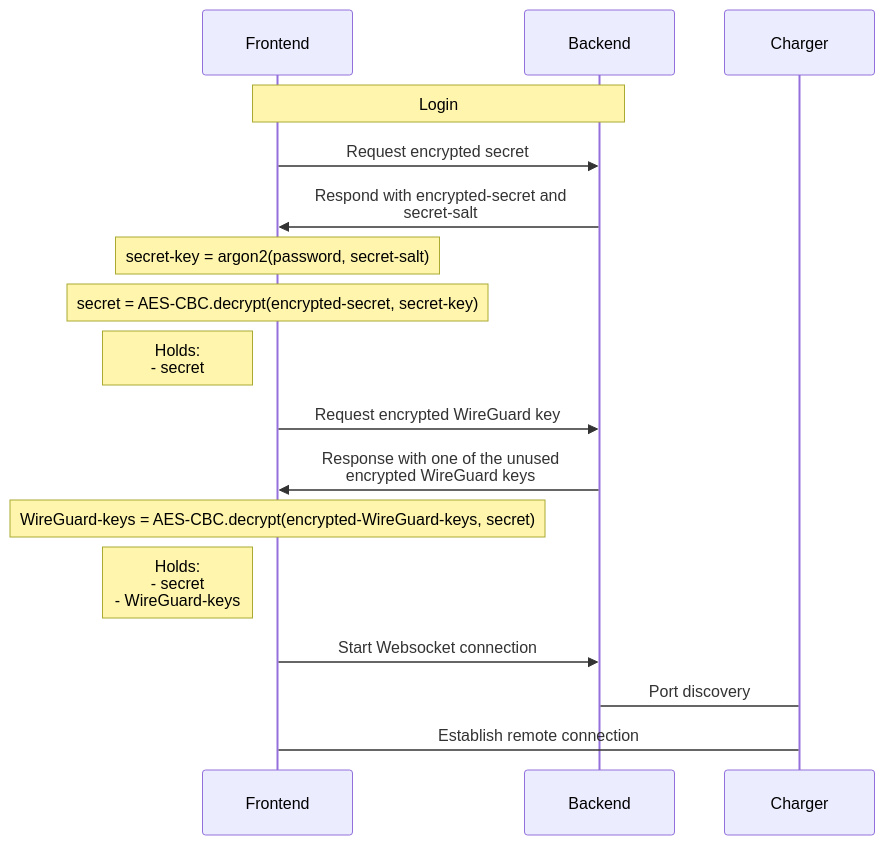
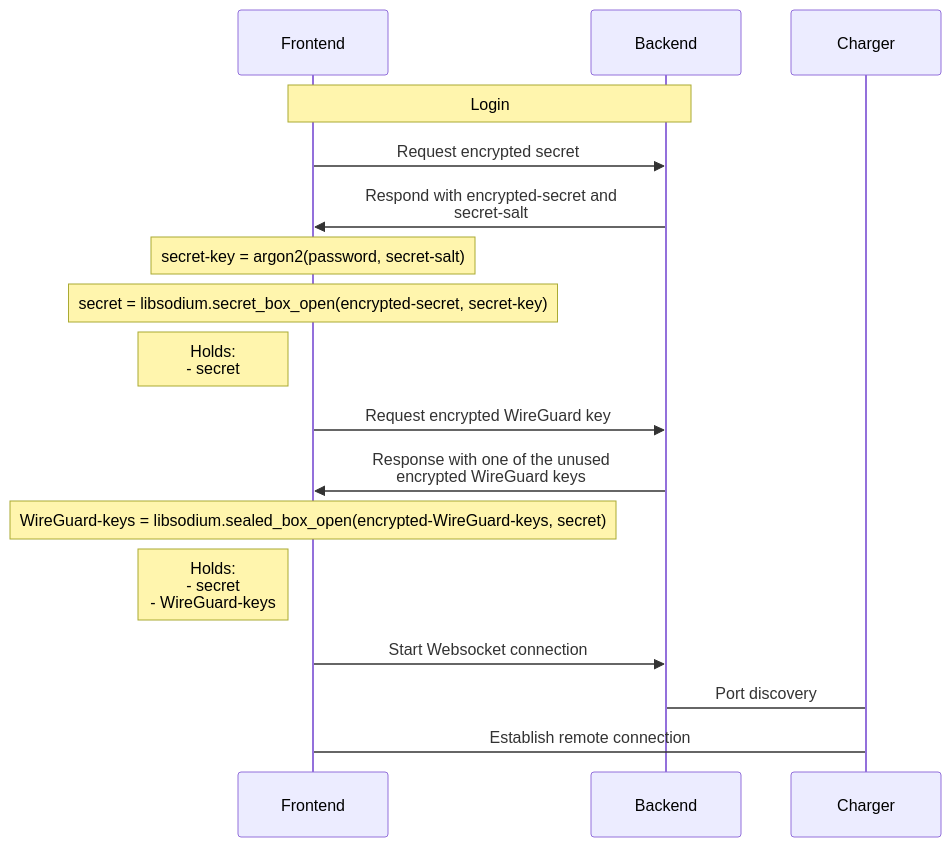
Before and after one commit to Tinkerforge/esp32-remote-access: the eighth of 10 diagrams in sequence.md, drawn with Mermaid. The commit also changed other lines of this file, not shown here.

Commit message:
update sequence.md to libsodium usage.

````diff
--- a/sequence.md
+++ b/sequence.md
@@ -166,23 +166,23 @@
 ```mermaid
 sequenceDiagram
     Note over Frontend, Backend: Login
 
     Frontend->>Backend: Request encrypted secret
     Backend->>Frontend: Respond with encrypted-secret and <br> secret-salt
 
     Note over Frontend: secret-key = argon2(password, secret-salt)
-    Note over Frontend: secret = AES-CBC.decrypt(encrypted-secret, secret-key)
+    Note over Frontend: secret = libsodium.secret_box_open(encrypted-secret, secret-key)
 
     Note left of Frontend: Holds: <br> - secret
 
     Frontend->>Backend: Request encrypted WireGuard key
     Backend->>Frontend: Response with one of the unused <br> encrypted WireGuard keys
 
-    Note over Frontend: WireGuard-keys = AES-CBC.decrypt(encrypted-WireGuard-keys, secret)
+    Note over Frontend: WireGuard-keys = libsodium.sealed_box_open(encrypted-WireGuard-keys, secret)
 
     Note left of Frontend: Holds: <br> - secret <br> - WireGuard-keys
 
     Frontend->>Backend: Start Websocket connection
     Backend->Charger: Port discovery
     Frontend->Charger: Establish remote connection
 ```
````
